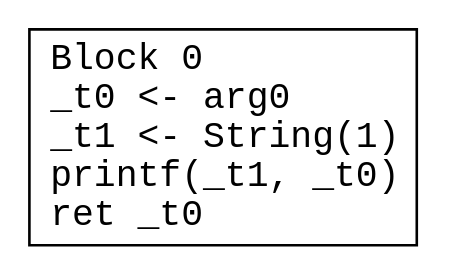
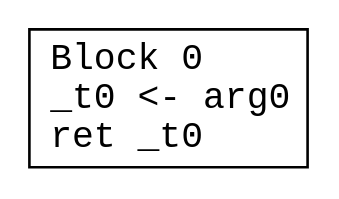
One commit to seanchuck/compiler-s25 changed the diagram in get_int.dot. Above: the diagram before and after it, drawn with Graphviz. The commit also changed 104 other files, not shown here.

```diff
--- a/get_int.dot
+++ b/get_int.dot
@@ -1,4 +1,4 @@
 digraph CFG {
   node [shape=box fontname="monospace"];
-  0 [label="Block 0\l_t0 <- arg0\l_t1 <- String(1)\lprintf(_t1, _t0)\lret _t0\l"];
+  0 [label="Block 0\l_t0 <- arg0\lret _t0\l"];
 }
```
